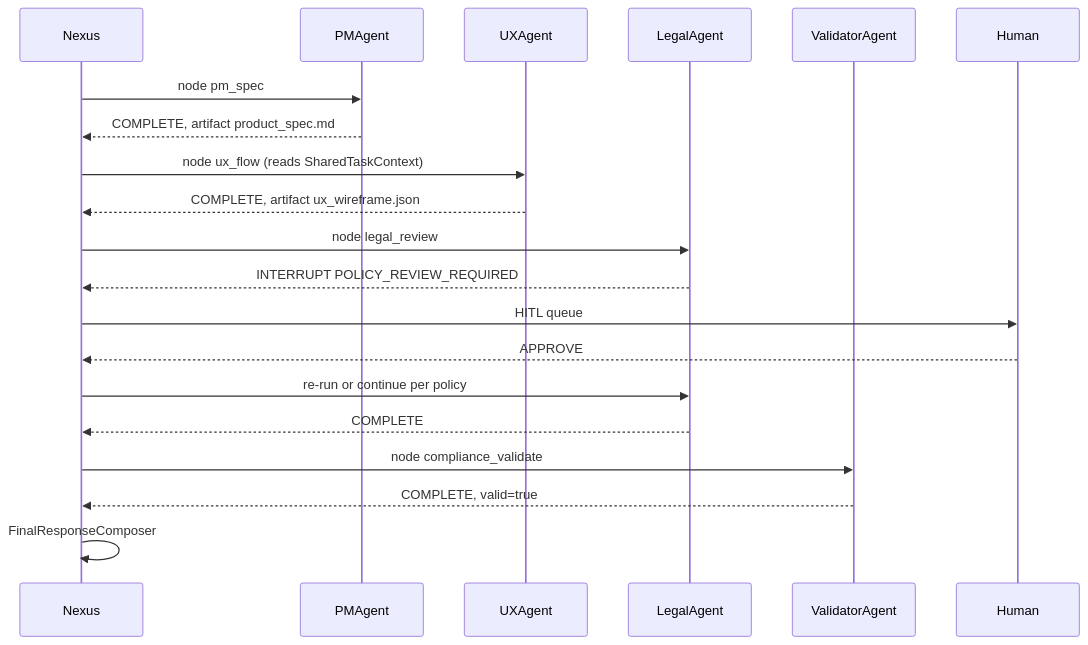
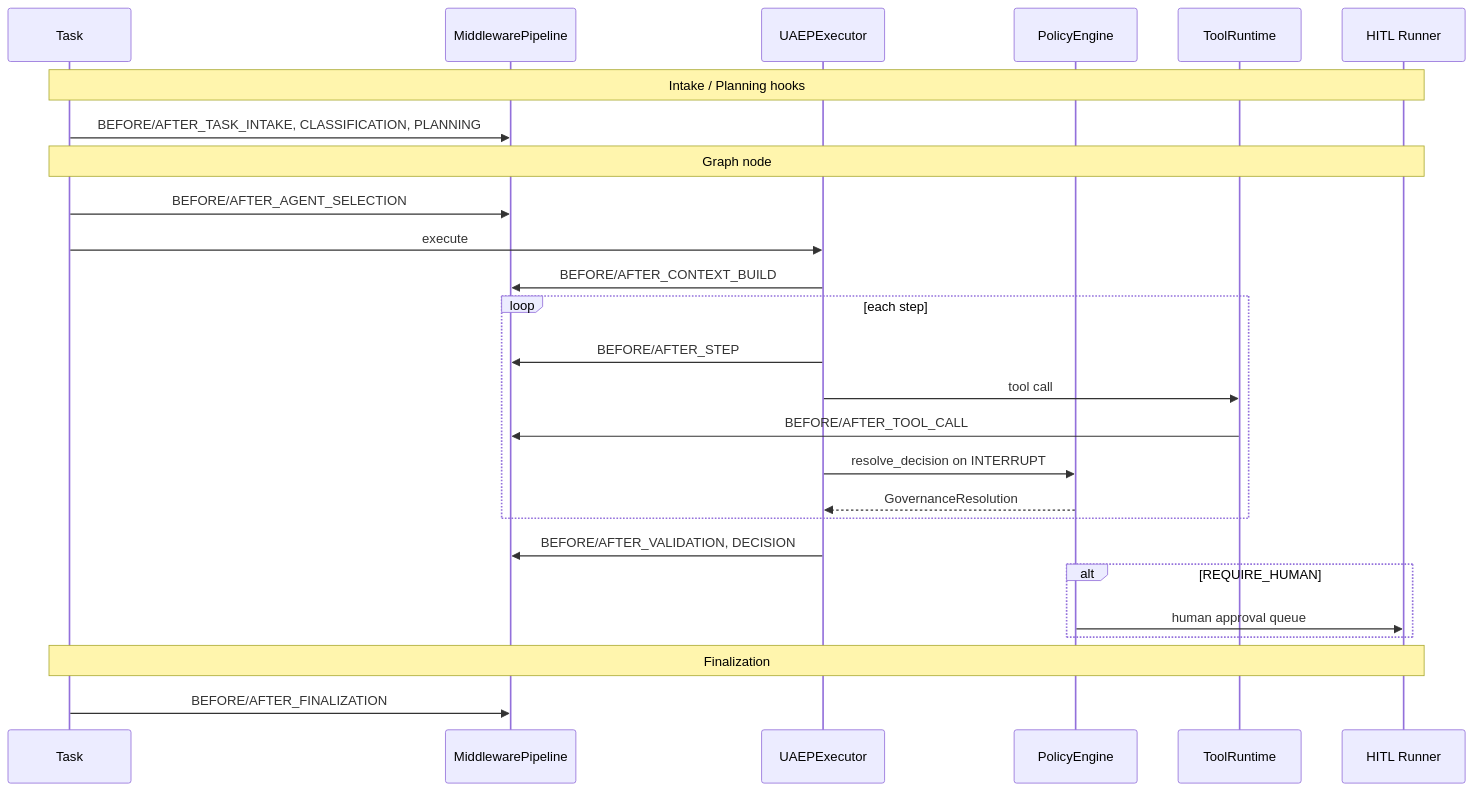
The first of 2 diagrams in docs/architecture/arch/NEXUS_EXECUTION_FLOW_scenario_catalog.md (jakbuczarnecki/intergrax), drawn with Mermaid before and after one commit. The commit also changed other lines of this file and 83 other files, not shown here.

````diff
--- a/docs/architecture/arch/NEXUS_EXECUTION_FLOW_scenario_catalog.md
+++ b/docs/architecture/arch/NEXUS_EXECUTION_FLOW_scenario_catalog.md
@@ -33,23 +7,32 @@
 ```mermaid
 sequenceDiagram
-    participant Nexus
-    participant PM as PMAgent
-    participant UX as UXAgent
-    participant Legal as LegalAgent
-    participant Val as ValidatorAgent
-    participant Human
+    participant Task
+    participant MW as MiddlewarePipeline
+    participant UAEP as UAEPExecutor
+    participant PE as PolicyEngine
+    participant TR as ToolRuntime
+    participant HITL as HITL Runner
 
-    Nexus->>PM: node pm_spec
-    PM-->>Nexus: COMPLETE, artifact product_spec.md
-    Nexus->>UX: node ux_flow (reads SharedTaskContext)
-    UX-->>Nexus: COMPLETE, artifact ux_wireframe.json
-    Nexus->>Legal: node legal_review
-    Legal-->>Nexus: INTERRUPT POLICY_REVIEW_REQUIRED
-    Nexus->>Human: HITL queue
-    Human-->>Nexus: APPROVE
-    Nexus->>Legal: re-run or continue per policy
-    Legal-->>Nexus: COMPLETE
-    Nexus->>Val: node compliance_validate
-    Val-->>Nexus: COMPLETE, valid=true
-    Nexus->>Nexus: FinalResponseComposer
+    Note over Task,HITL: Intake / Planning hooks
+    Task->>MW: BEFORE/AFTER_TASK_INTAKE, CLASSIFICATION, PLANNING
+
+    Note over Task,HITL: Graph node
+    Task->>MW: BEFORE/AFTER_AGENT_SELECTION
+    Task->>UAEP: execute
+    UAEP->>MW: BEFORE/AFTER_CONTEXT_BUILD
+    loop each step
+        UAEP->>MW: BEFORE/AFTER_STEP
+        UAEP->>TR: tool call
+        TR->>MW: BEFORE/AFTER_TOOL_CALL
+        UAEP->>PE: resolve_decision on INTERRUPT
+        PE-->>UAEP: GovernanceResolution
+    end
+    UAEP->>MW: BEFORE/AFTER_VALIDATION, DECISION
+
+    alt REQUIRE_HUMAN
+        PE->>HITL: human approval queue
+    end
+
+    Note over Task,HITL: Finalization
+    Task->>MW: BEFORE/AFTER_FINALIZATION
 ```
````
